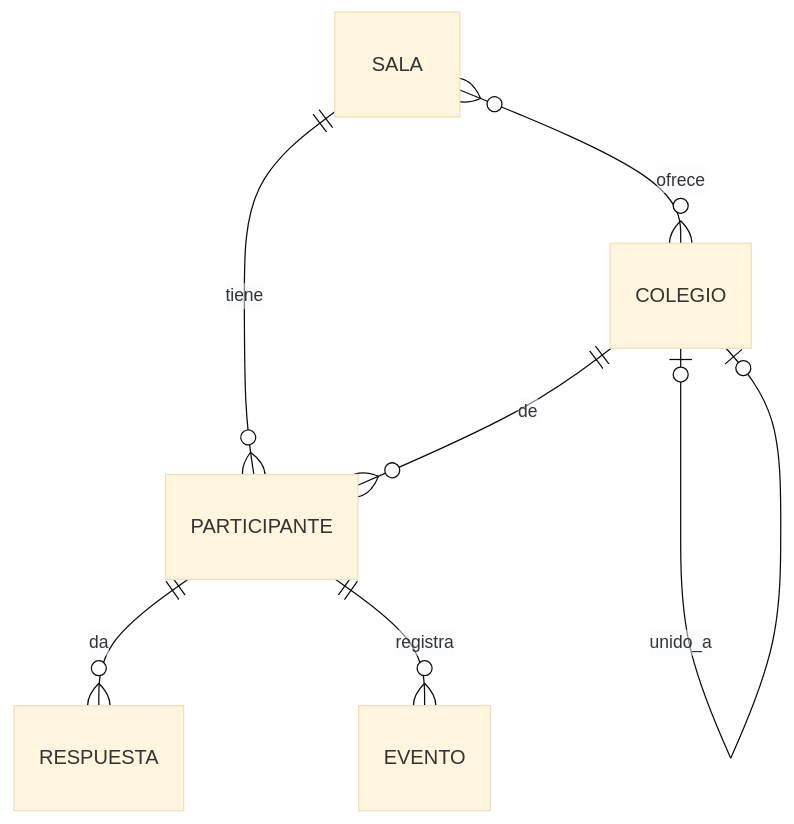
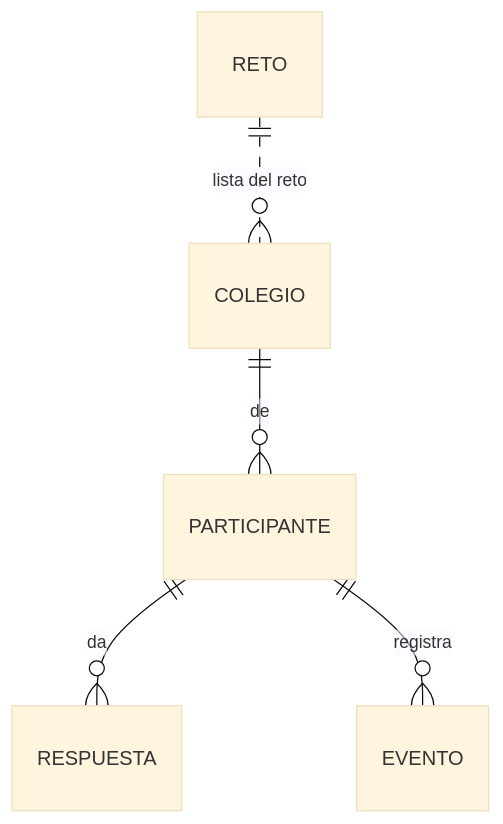
One commit to statistical-engineering/iest-sem-reto-desinformacion-colegios changed the second of 2 diagrams in aidlc/spaces/default/intents/261024-publicar-reto-nube/construction/u5-cloudflare-salas/functional-design/functional-spec.md. Above: the diagram before and after it, drawn with Mermaid (base theme). The commit also changed other lines of this file and 114 other files, not shown here.

````diff
--- a/aidlc/spaces/default/intents/261024-publicar-reto-nube/construction/u5-cloudflare-salas/functional-design/functional-spec.md
+++ b/aidlc/spaces/default/intents/261024-publicar-reto-nube/construction/u5-cloudflare-salas/functional-design/functional-spec.md
@@ -103,9 +137,7 @@
 ```mermaid
 erDiagram
-  SALA ||--o{ PARTICIPANTE : tiene
-  SALA }o--o{ COLEGIO : ofrece
+  RETO ||..o{ COLEGIO : "lista del reto"
   COLEGIO ||--o{ PARTICIPANTE : de
-  COLEGIO o|--o| COLEGIO : unido_a
   PARTICIPANTE ||--o{ RESPUESTA : da
   PARTICIPANTE ||--o{ EVENTO : registra
 ```
````
